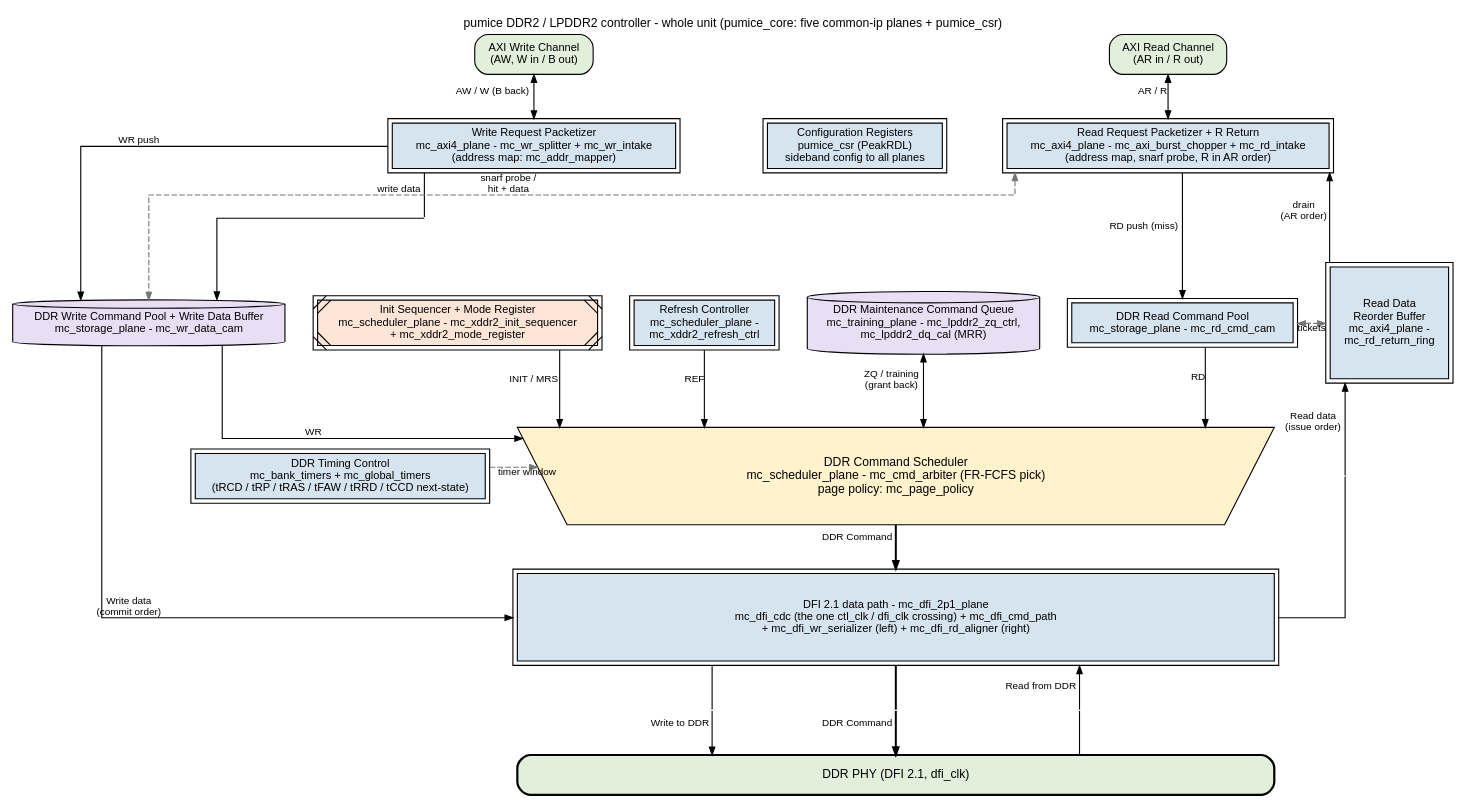
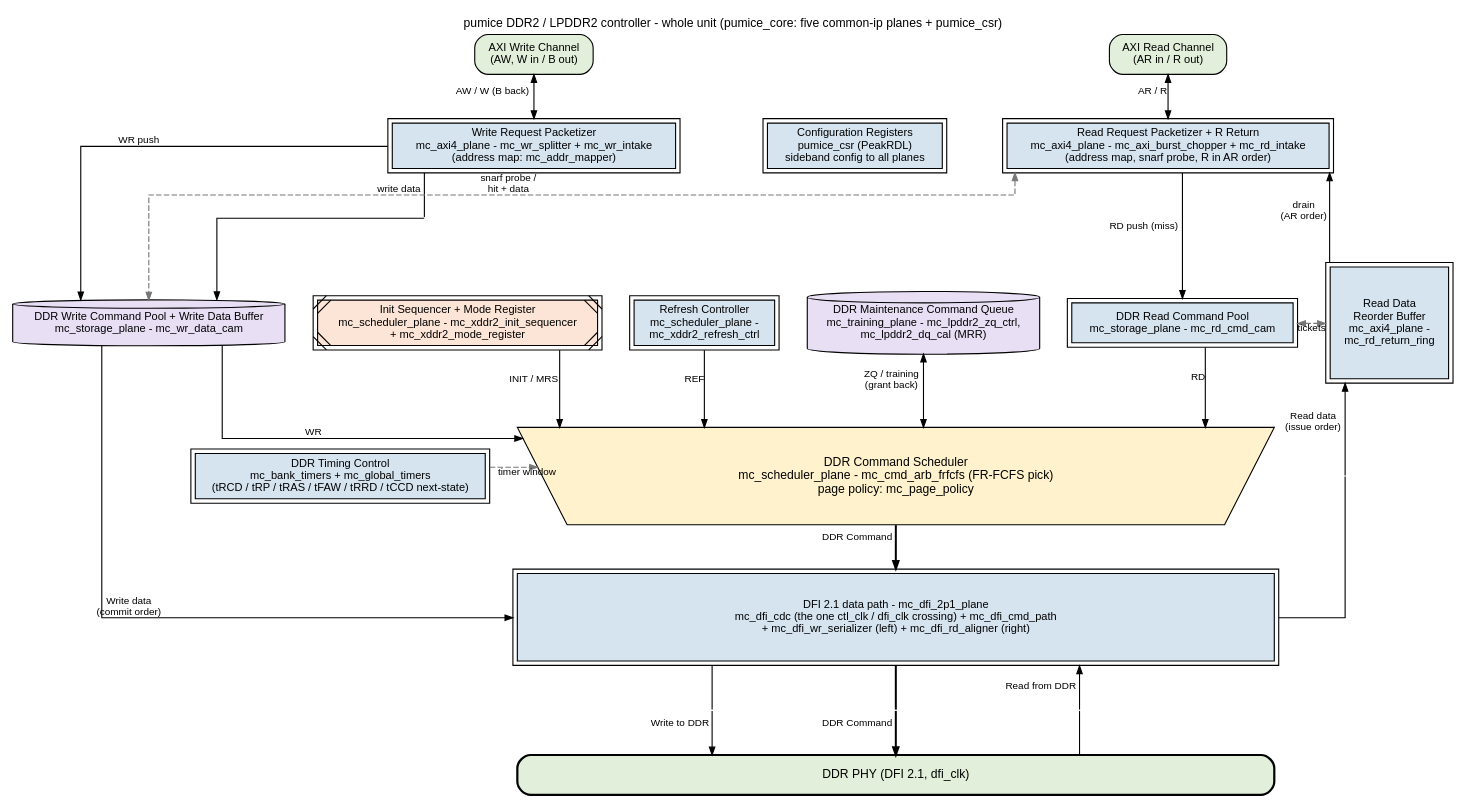
One commit to sean-galloway/RTLDesignSherpa changed the diagram in projects/components/mem-ctrl-ip/research-ip/pumice-ddr2-lpddr2/docs/pumice_has/assets/graphviz/01_block_diagram.dot. Above: the diagram before and after it, drawn with Graphviz. The commit also changed 99 other files, not shown here.

```diff
--- a/projects/components/mem-ctrl-ip/research-ip/pumice-ddr2-lpddr2/docs/pumice_has/assets/graphviz/01_block_diagram.dot
+++ b/projects/components/mem-ctrl-ip/research-ip/pumice-ddr2-lpddr2/docs/pumice_has/assets/graphviz/01_block_diagram.dot
@@ -1,108 +1,108 @@
 // pumice whole-unit block diagram -- house style per
 // vault/handbook/authoring/block-diagrams.md and common_has STYLE.md, in the
 // geography of common_has/assets/graphviz/01_whole_unit.dot (the reference).
 // Command down the center, write data down the left, read data back up the
 // right edge into the AXI read channel. pumice is built entirely from common-ip planes.
 digraph pumice_whole_unit {
     graph [rankdir=TB, bgcolor="white", fontname="Helvetica", fontsize=11,
            nodesep="0.35", ranksep="0.55", splines=ortho,
            label="pumice DDR2 / LPDDR2 controller - whole unit (pumice_core: five common-ip planes + pumice_csr)", labelloc=t, labeljust=c];
     node  [fontname="Helvetica", fontsize=10, shape=box, style=filled,
            fillcolor="white", color="black", margin="0.12,0.06"];
     edge  [fontname="Helvetica", fontsize=9, color="black", arrowsize=0.7];
 
     axi_wr [label="AXI Write Channel\n(AW, W in / B out)", fillcolor="white", group=W, style="rounded,filled", fillcolor="#E2EFDA"];
     axi_rd [label="AXI Read Channel\n(AR in / R out)", fillcolor="white", group=R, style="rounded,filled", fillcolor="#E2EFDA"];
 
     wr_pkt [label="Write Request Packetizer\nmc_axi4_plane - mc_wr_splitter + mc_wr_intake\n(address map: mc_addr_mapper)", group=W, peripheries=2, style="filled", fillcolor="#D6E4F0"];
     rd_pkt [label="Read Request Packetizer + R Return\nmc_axi4_plane - mc_axi_burst_chopper + mc_rd_intake\n(address map, snarf probe, R in AR order)", group=R, peripheries=2, style="filled", fillcolor="#D6E4F0"];
     cfg    [label="Configuration Registers\npumice_csr (PeakRDL)\nsideband config to all planes", peripheries=2, style="filled", fillcolor="#D6E4F0"];
 
     wr_pool [label="DDR Write Command Pool + Write Data Buffer\nmc_storage_plane - mc_wr_data_cam", shape=cylinder, style="filled", fillcolor="#E8DFF5"];
     rd_pool [label="DDR Read Command Pool\nmc_storage_plane - mc_rd_cmd_cam", peripheries=2, style="filled", fillcolor="#D6E4F0"];
     rbuf    [label="Read Data\nReorder Buffer\nmc_axi4_plane -\nmc_rd_return_ring", height=1.4, peripheries=2, style="filled", fillcolor="#D6E4F0"];
 
     init  [label="Init Sequencer + Mode Register
 mc_scheduler_plane - mc_xddr2_init_sequencer
 + mc_xddr2_mode_register", peripheries=2, style="filled,diagonals", fillcolor="#FCE4D6"];
     refc  [label="Refresh Controller
 mc_scheduler_plane -
 mc_xddr2_refresh_ctrl", peripheries=2, style="filled", fillcolor="#D6E4F0"];
     maint [label="DDR Maintenance Command Queue
 mc_training_plane - mc_lpddr2_zq_ctrl,
 mc_lpddr2_dq_cal (MRR)", shape=cylinder, style="filled", fillcolor="#E8DFF5"];
 
-    sched [label="DDR Command Scheduler\nmc_scheduler_plane - mc_cmd_arbiter (FR-FCFS pick)
+    sched [label="DDR Command Scheduler\nmc_scheduler_plane - mc_cmd_arb_frfcfs (FR-FCFS pick)
 page policy: mc_page_policy",
            shape=polygon, sides=4, distortion=0.10, width=9.5, height=0.6,
            fillcolor="#BDD7EE", fontsize=11, style="filled", fillcolor="#FFF2CC"];
     tctl  [label="DDR Timing Control\nmc_bank_timers + mc_global_timers\n(tRCD / tRP / tRAS / tFAW / tRRD / tCCD next-state)", peripheries=2, style="filled", fillcolor="#D6E4F0"];
 
     dfi [label="DFI 2.1 data path - mc_dfi_2p1_plane
 mc_dfi_cdc (the one ctl_clk / dfi_clk crossing) + mc_dfi_cmd_path
 + mc_dfi_wr_serializer (left) + mc_dfi_rd_aligner (right)", width=9.5, height=1.1, peripheries=2, style="filled", fillcolor="#D6E4F0"];
 
     phy [label="DDR PHY (DFI 2.1, dfi_clk)", fillcolor="white", width=9.5, height=0.5, fontsize=11, style="rounded,filled,bold", fillcolor="#E2EFDA"];
 
     // ---- point scaffolds: one per crossing ----
     node [shape=point, width=0.01, height=0.01, label="", style=invis];
     s_wd; s_rd; p_wr; p_cmd; p_rd;
     sp1 [fixedsize=true, width=1.6, height=0.02, shape=box];
     sp2 [fixedsize=true, width=1.6, height=0.02, shape=box];
     node [shape=box, style=filled];
 
     // ---- host channels ----
     axi_wr -> wr_pkt [dir=both, xlabel="AW / W (B back)"];
     axi_rd -> rd_pkt [dir=both, xlabel="AR / R"];
 
     // ---- write side ----
     wr_pkt  -> wr_pool [xlabel="WR push"];
     wr_pkt  -> s_wd    [dir=none, xlabel="write data"];
     s_wd    -> wr_pool;
     wr_pool -> sched   [xlabel="WR"];
     wr_pool -> dfi     [xlabel="Write data\n(commit order)"];
 
     // ---- read side ----
     rd_pkt  -> rd_pool [xlabel="RD push (miss)"];
     rd_pkt  -> wr_pool [dir=both, style=dashed, color="#777777", xlabel="snarf probe /\nhit + data", constraint=false];
     rd_pool -> sched   [xlabel="RD"];
     rd_pool -> rbuf    [dir=both, style=dashed, color="#777777", xlabel="tickets", constraint=false];
 
     // ---- maintenance + timing into the pick ----
     init  -> sched [xlabel="INIT / MRS"];
     refc  -> sched [xlabel="REF"];
     maint -> sched [dir=both, xlabel="ZQ / training\n(grant back)"];
     tctl  -> sched [style=dashed, color="#777777", xlabel="timer window"];
 
     // ---- the winner ----
     sched -> dfi [penwidth=1.8, xlabel="DDR Command"];
 
     // ---- PHY crossings ----
     dfi   -> p_wr  [dir=none];
     p_wr  -> phy   [xlabel="Write to DDR"];
     dfi   -> p_cmd [dir=none, penwidth=1.8];
     p_cmd -> phy   [penwidth=1.8, xlabel="DDR Command"];
     dfi   -> p_rd  [dir=back, xlabel="Read from DDR"];
     p_rd  -> phy   [dir=none];
 
     // ---- read return: up the right edge ----
     rbuf -> s_rd [dir=back, xlabel="Read data\n(issue order)"];
     s_rd -> dfi  [dir=none];
     rd_pkt -> rbuf [dir=back, xlabel="drain\n(AR order)"];
 
     // ---- ranks ----
     { rank=same; axi_wr; axi_rd; }
     { rank=same; wr_pkt; cfg; rd_pkt; }
     { rank=same; s_wd; }
     { rank=same; wr_pool; rd_pool; }
     { rank=same; init; refc; maint; rbuf;  }
     { rank=same; sched; tctl; }
     { rank=same; s_rd; }
     { rank=same; p_wr; sp1; p_cmd; sp2; p_rd; }
     axi_wr -> axi_rd [style=invis];
     wr_pkt -> cfg -> rd_pkt [style=invis];
     wr_pool -> rd_pool [style=invis];
     init -> refc -> maint -> rbuf [style=invis];
     tctl -> sched [style=invis];
     p_wr -> sp1 -> p_cmd -> sp2 -> p_rd [style=invis];
 }
```
